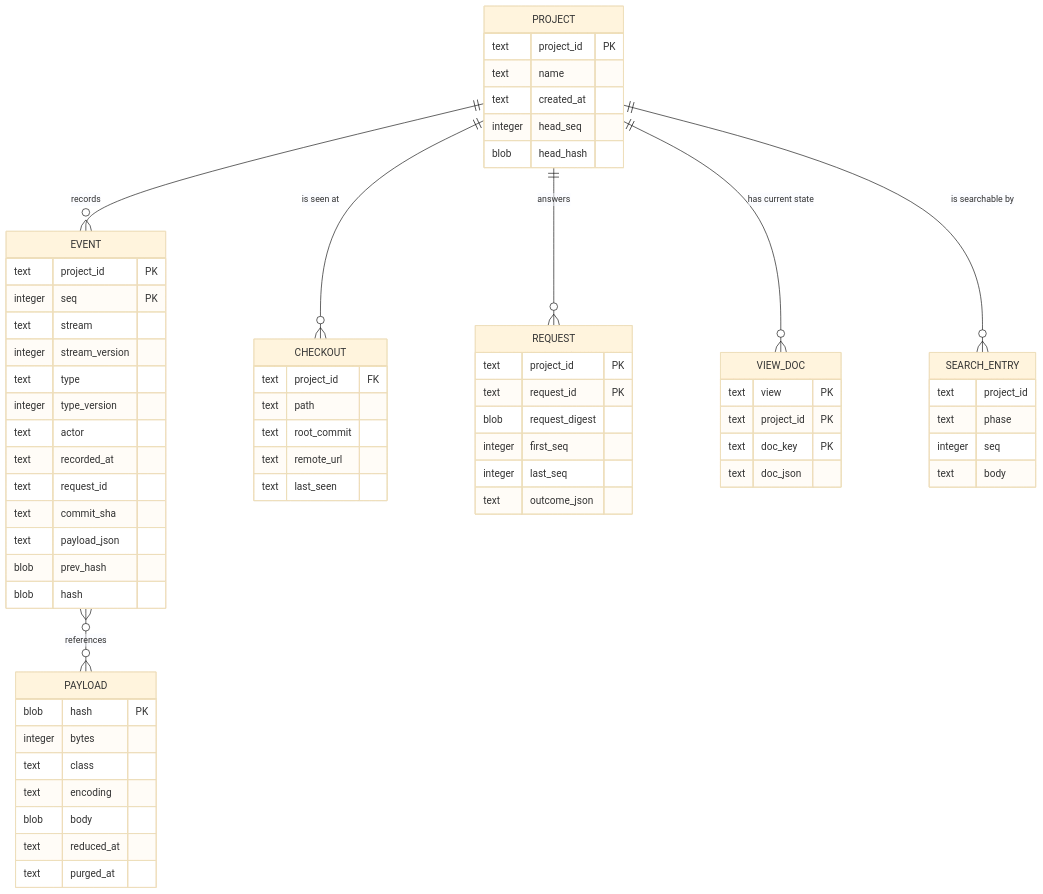
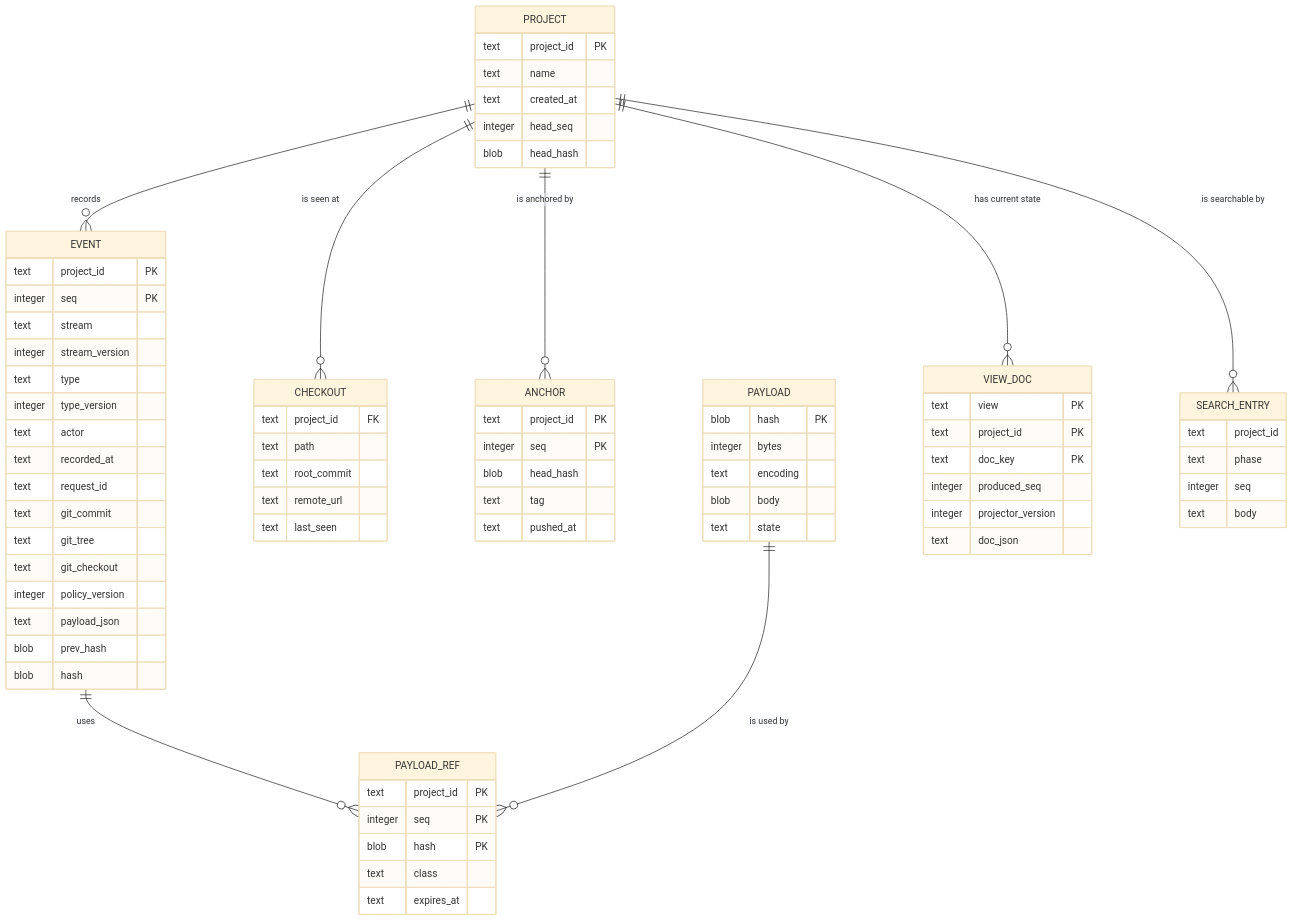
Before and after one commit to crenshawdev/baley: the eighth of 10 diagrams in docs/design/0001-evidence-ledger.md, drawn with Mermaid (base theme). The commit also changed other lines of this file and 1 other file, not shown here.

````diff
--- a/docs/design/0001-evidence-ledger.md
+++ b/docs/design/0001-evidence-ledger.md
@@ -365,67 +513,77 @@
 ```mermaid
 erDiagram
   PROJECT ||--o{ EVENT : "records"
   PROJECT ||--o{ CHECKOUT : "is seen at"
-  EVENT }o--o{ PAYLOAD : "references"
-  PROJECT ||--o{ REQUEST : "answers"
+  PROJECT ||--o{ ANCHOR : "is anchored by"
+  EVENT ||--o{ PAYLOAD_REF : "uses"
+  PAYLOAD ||--o{ PAYLOAD_REF : "is used by"
   PROJECT ||--o{ VIEW_DOC : "has current state"
   PROJECT ||--o{ SEARCH_ENTRY : "is searchable by"
   PROJECT {
     text project_id PK
     text name
     text created_at
     integer head_seq
     blob head_hash
   }
   CHECKOUT {
     text project_id FK
     text path
     text root_commit
     text remote_url
     text last_seen
   }
+  ANCHOR {
+    text project_id PK
+    integer seq PK
+    blob head_hash
+    text tag
+    text pushed_at
+  }
   EVENT {
     text project_id PK
     integer seq PK
     text stream
     integer stream_version
     text type
     integer type_version
     text actor
     text recorded_at
     text request_id
-    text commit_sha
+    text git_commit
+    text git_tree
+    text git_checkout
+    integer policy_version
     text payload_json
     blob prev_hash
     blob hash
   }
   PAYLOAD {
     blob hash PK
     integer bytes
-    text class
     text encoding
     blob body
-    text reduced_at
-    text purged_at
+    text state
   }
-  REQUEST {
+  PAYLOAD_REF {
     text project_id PK
-    text request_id PK
-    blob request_digest
-    integer first_seq
-    integer last_seq
-    text outcome_json
+    integer seq PK
+    blob hash PK
+    text class
+    text expires_at
   }
   VIEW_DOC {
     text view PK
     text project_id PK
     text doc_key PK
+    integer produced_seq
+    integer projector_version
     text doc_json
   }
   SEARCH_ENTRY {
     text project_id
     text phase
     integer seq
     text body
   }
 ```
````
